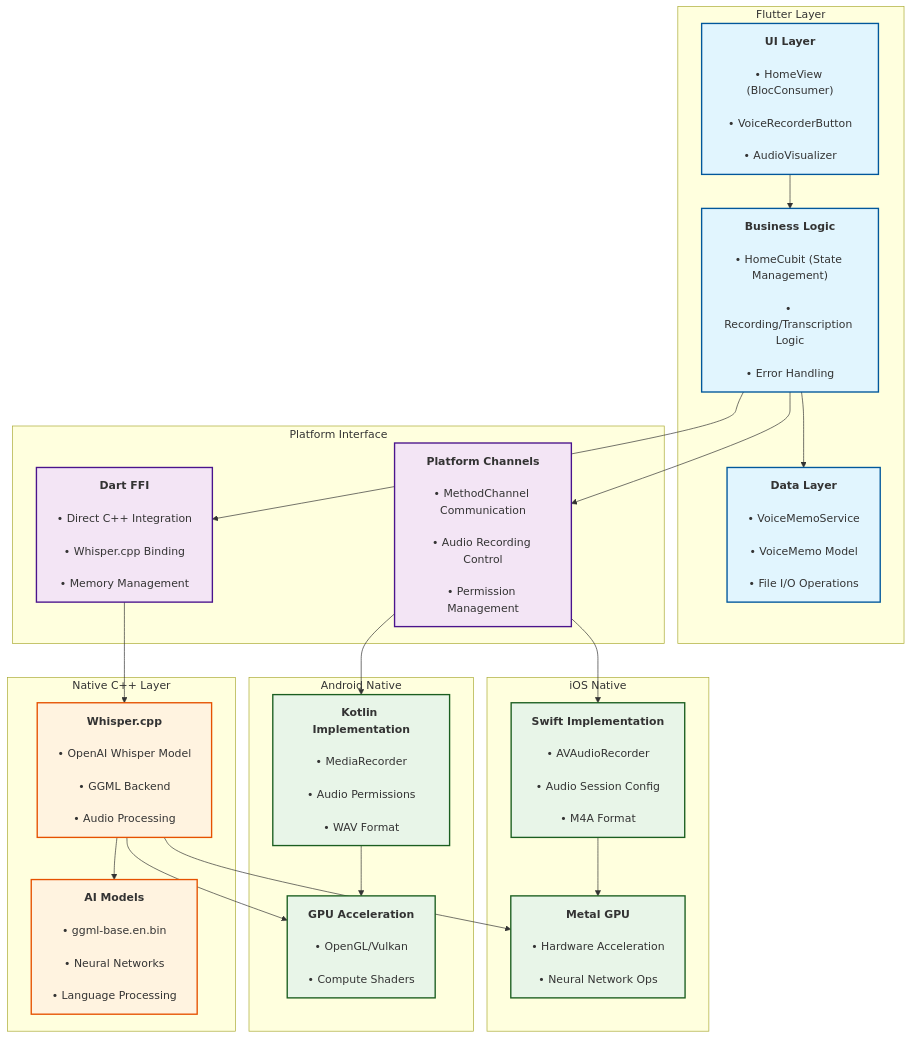
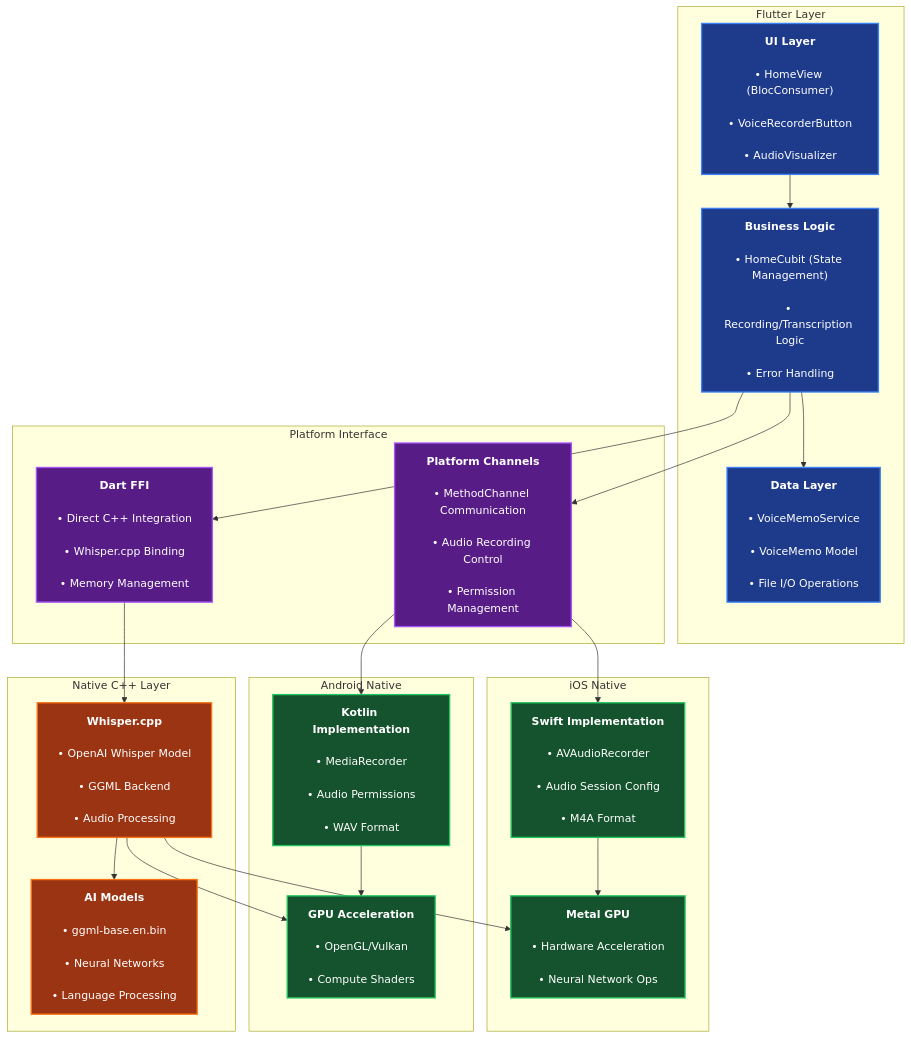
Before and after one commit to esrakadah/flutter_voice_bridge: the first of 2 diagrams in README.md, drawn with Mermaid. The commit also changed 1 other file, not shown here.

Commit message:
Update README and WORKSHOP_GUIDE for dark mode styling enhancements
- Modified README.md to implement dark mode friendly styling for various components, improving visual accessibility.
- Updated WORKSHOP_GUIDE.md with similar dark mode styling adjustments, ensuring consistency across documentation.
- Enhanced color definitions for better contrast and readability in both files, aligning with modern design practices.

```diff
--- a/README.md
+++ b/README.md
@@ -112,11 +112,11 @@
     Whisper --> iOS_Metal
     Whisper --> Android_GPU
     
-    %% Styling
-    classDef flutter fill:#e1f5fe,stroke:#01579b,stroke-width:2px
-    classDef platform fill:#f3e5f5,stroke:#4a148c,stroke-width:2px
-    classDef native fill:#e8f5e8,stroke:#1b5e20,stroke-width:2px
-    classDef cpp fill:#fff3e0,stroke:#e65100,stroke-width:2px
+    %% Styling - Dark mode friendly
+    classDef flutter fill:#1e3a8a,stroke:#3b82f6,stroke-width:2px,color:#ffffff
+    classDef platform fill:#581c87,stroke:#a855f7,stroke-width:2px,color:#ffffff
+    classDef native fill:#14532d,stroke:#22c55e,stroke-width:2px,color:#ffffff
+    classDef cpp fill:#9a3412,stroke:#f97316,stroke-width:2px,color:#ffffff
     
     class UI,BL,Data flutter
     class PC,FFI platform
```
